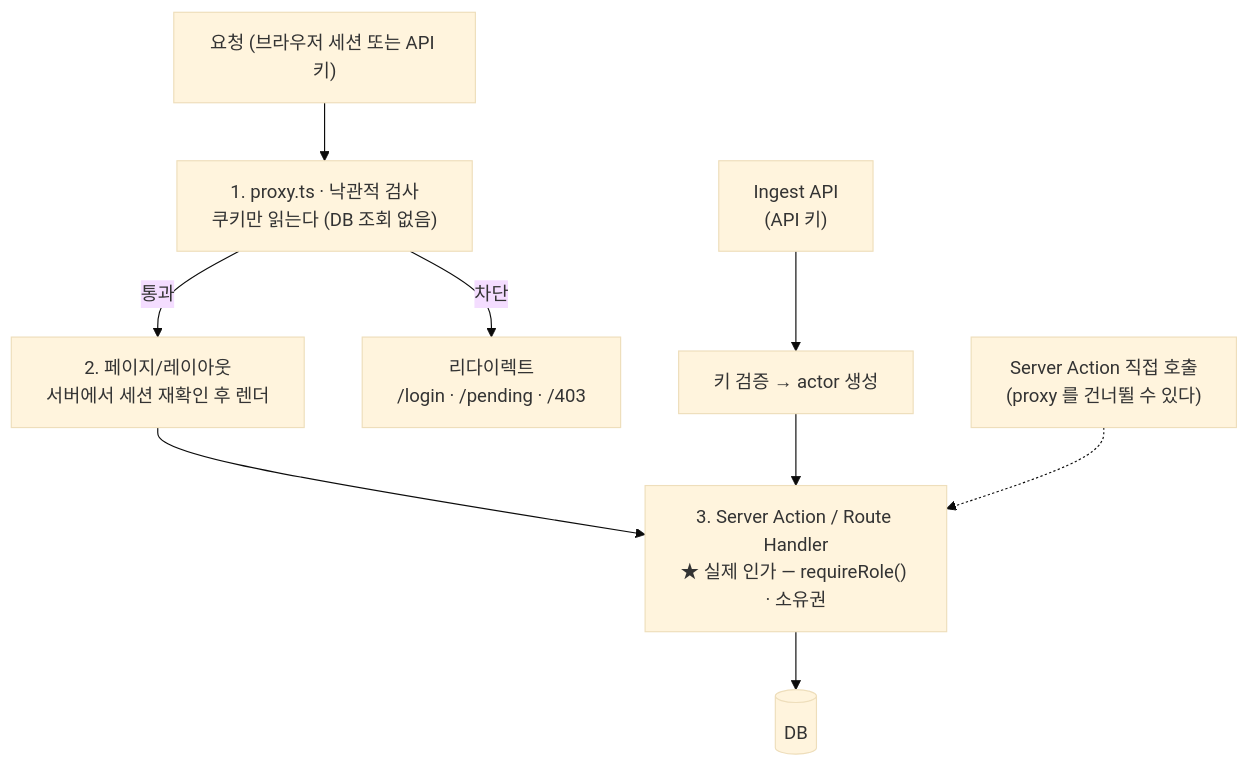
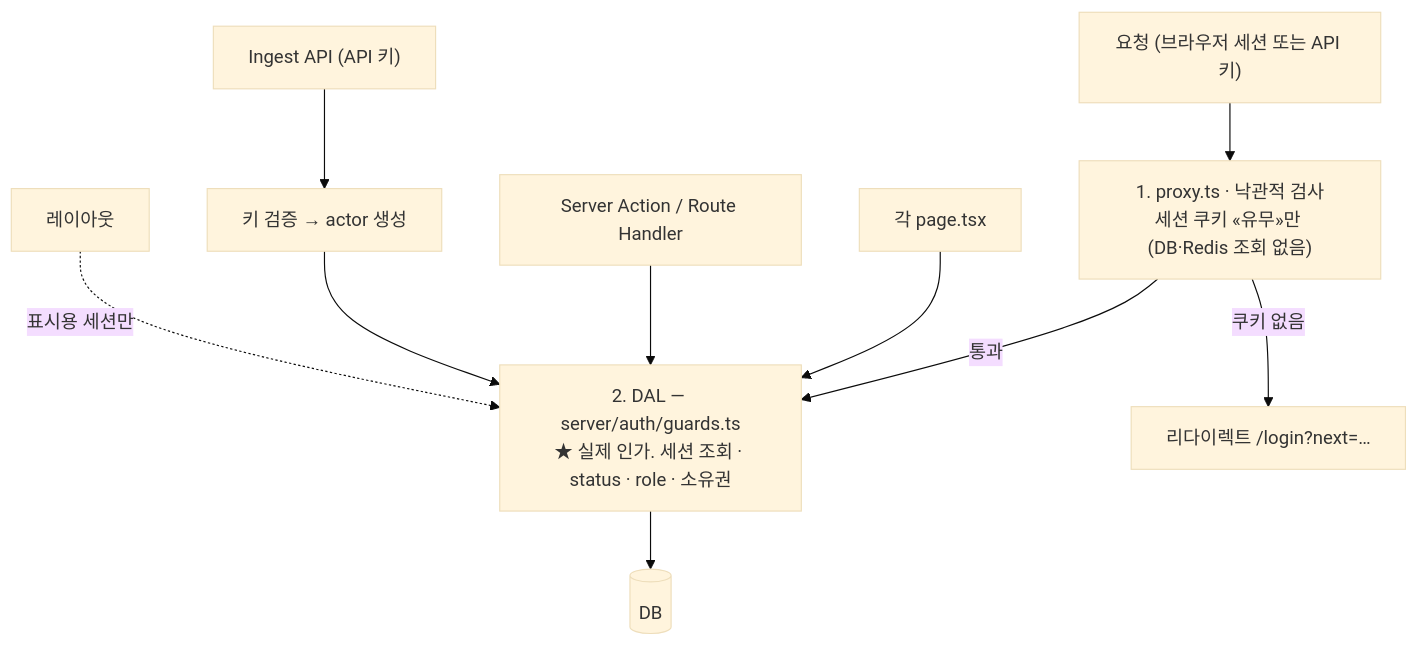
Before and after one commit to anerjin/private_project_myteam: the third of 3 diagrams in _docs/01.요구사항/02_사용자_권한_정책.md, drawn with Mermaid (base theme). The commit also changed other lines of this file and 52 other files, not shown here.

````diff
--- a/_docs/01.요구사항/02_사용자_권한_정책.md
+++ b/_docs/01.요구사항/02_사용자_권한_정책.md
@@ -263,11 +263,12 @@
 ```mermaid
 flowchart TD
-    REQ["요청 (브라우저 세션 또는 API 키)"] --> MW["1. proxy.ts · 낙관적 검사<br/>쿠키만 읽는다 (DB 조회 없음)"]
-    MW -->|통과| PAGE["2. 페이지/레이아웃<br/>서버에서 세션 재확인 후 렌더"]
-    PAGE --> ACT["3. Server Action / Route Handler<br/>★ 실제 인가 — requireRole() · 소유권"]
-    ACT --> DB[("DB")]
-    MW -->|차단| RD["리다이렉트<br/>/login · /pending · /403"]
-    API["Ingest API<br/>(API 키)"] --> KEY["키 검증 → actor 생성"]
-    KEY --> ACT
-    SA["Server Action 직접 호출<br/>(proxy 를 건너뛸 수 있다)"] -.-> ACT
+    REQ["요청 (브라우저 세션 또는 API 키)"] --> MW["1. proxy.ts · 낙관적 검사<br/>세션 쿠키 «유무»만 (DB·Redis 조회 없음)"]
+    MW -->|통과| DAL["2. DAL — server/auth/guards.ts<br/>★ 실제 인가. 세션 조회 · status · role · 소유권"]
+    DAL --> DB[("DB")]
+    MW -->|쿠키 없음| RD["리다이렉트 /login?next=…"]
+    PAGE["각 page.tsx"] --> DAL
+    ACT["Server Action / Route Handler"] --> DAL
+    API["Ingest API (API 키)"] --> KEY["키 검증 → actor 생성"]
+    KEY --> DAL
+    LAY["레이아웃"] -.표시용 세션만.-> DAL
 ```
````
